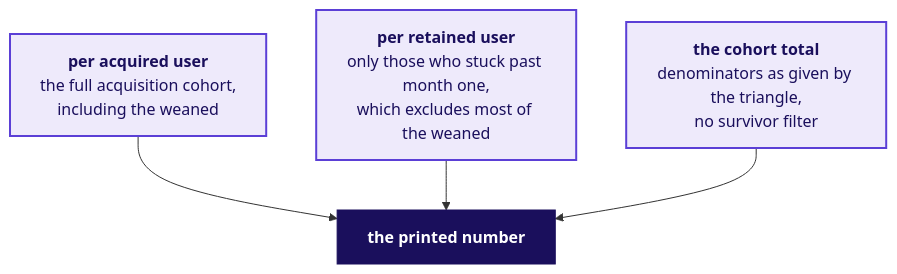
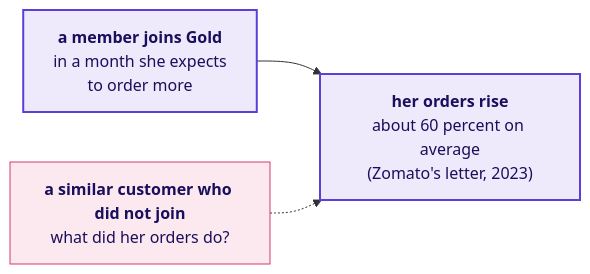
One commit to fde-academy-lab/c2-content-factory changed the second of 2 diagrams in content/W04/D4/slides/C2_W04_D04_fallback_STUDENT.md. Above: the diagram before and after it, drawn with Mermaid. The commit also changed other lines of this file and 43 other files, not shown here.

````diff
--- a/content/W04/D4/slides/C2_W04_D04_fallback_STUDENT.md
+++ b/content/W04/D4/slides/C2_W04_D04_fallback_STUDENT.md
@@ -74,10 +165,9 @@
 ```mermaid
-flowchart TD
-    A["<b>per acquired user</b><br/>the full acquisition cohort,<br/>including the weaned"] --> X["<b>the printed number</b>"]
-    B["<b>per retained user</b><br/>only those who stuck past month one,<br/>which excludes most of the weaned"] --> X
-    C["<b>the cohort total</b><br/>denominators as given by the triangle,<br/>no survivor filter"] --> X
+flowchart LR
+    A["<b>a member joins Gold</b><br/>in a month she expects<br/>to order more"] --> B["<b>her orders rise</b><br/>about 60 percent on average<br/>(Zomato's letter, 2023)"]
+    C["<b>a similar customer who did not join</b><br/>what did her orders do?"] -.-> B
     classDef known fill:#EEEAFB,stroke:#5B3FD6,color:#1A0F5C,stroke-width:2px
-    classDef bet fill:#1A0F5C,stroke:#1A0F5C,color:#FFFFFF
-    class A,B,C known
-    class X bet
+    classDef bad fill:#FBE9EF,stroke:#D63A6A,color:#1A0F5C
+    class A,B known
+    class C bad
 ```
````
